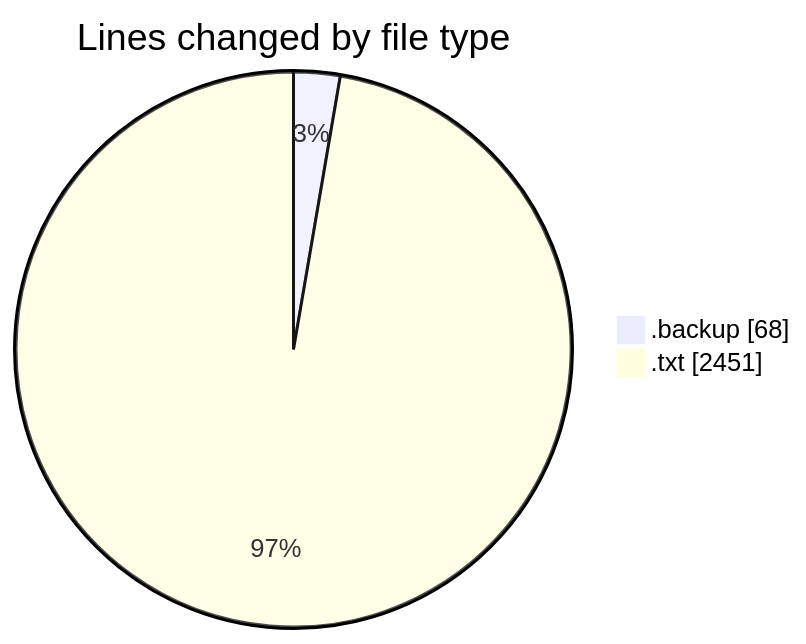
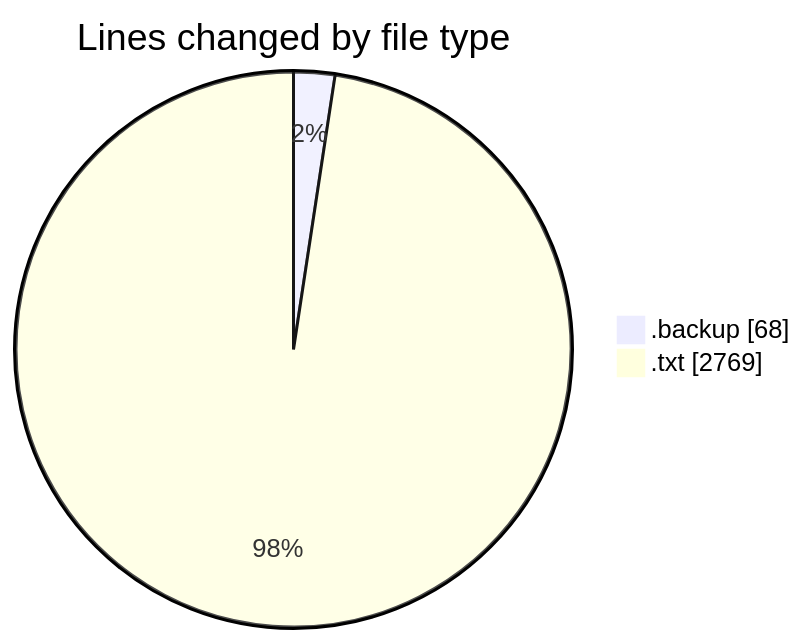
One commit to ricardozamudiocil/code-tracking changed the first of 2 diagrams in 2026-11-25/informesdocpath/README.md. Above: the diagram before and after it, drawn with Mermaid. The commit also changed other lines of this file and 1 other file, not shown here.

````diff
--- a/2026-11-25/informesdocpath/README.md
+++ b/2026-11-25/informesdocpath/README.md
@@ -21,6 +21,6 @@
 ```mermaid
 pie showData
 title Lines changed by file type
 ".backup" : 68
-".txt" : 2451
+".txt" : 2769
 ```
````
